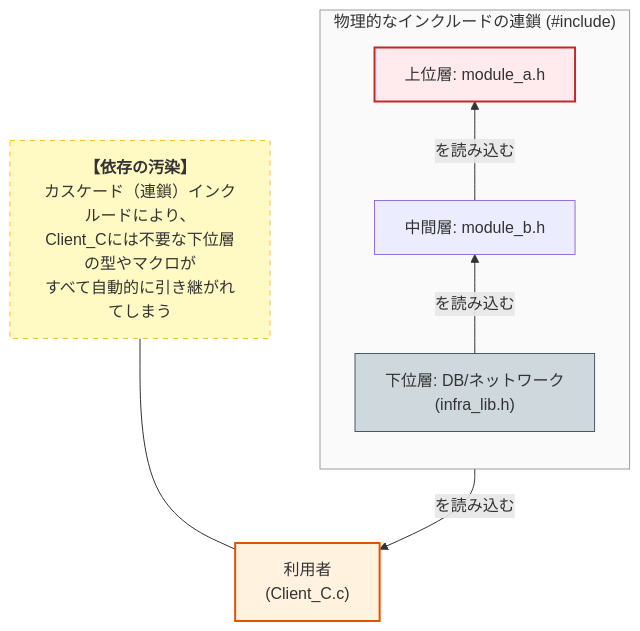
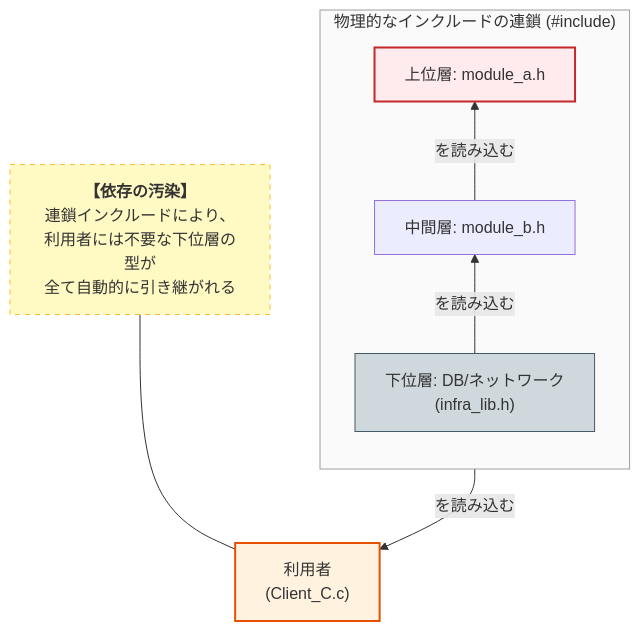
Before and after one commit to kumachan1101/BookProject: the first of 4 diagrams in 01_原稿/15_第2部 第11章 インターフェース分離原則 (ISP) 不要な依存の排除とモジュール結合度の最小化_02.md, drawn with Mermaid. The commit also changed 98 other files, not shown here.

````diff
--- a/01_原稿/15_第2部 第11章 インターフェース分離原則 (ISP) 不要な依存の排除とモジュール結合度の最小化_02.md
+++ b/01_原稿/15_第2部 第11章 インターフェース分離原則 (ISP) 不要な依存の排除とモジュール結合度の最小化_02.md
@@ -32,25 +32,25 @@
 ```mermaid
 graph TB
       %% 汚染の流れ（右から左へ流入）を強調するために、右から左(RL)で描画
       subgraph InclusionChain ["物理的なインクルードの連鎖 (#include)"]
           direction BT
           INFRA["下位層: DB/ネットワーク<br/>(infra_lib.h)"] -- "を読み込む" --> MB["中間層: module_b.h"]
           MB -- "を読み込む" --> MA["上位層: module_a.h"]
       end
 
       %% 利用者への汚染
       MA -- "を読み込む" --> C["利用者<br/>(Client_C.c)"]
 
       %% 汚染の注釈
-      Pollution["<b>【依存の汚染】</b><br/>カスケード（連鎖）インクルードにより、<br/>Client_Cには不要な下位層の型やマクロが<br/>すべて自動的に引き継がれてしまう"]
+      Pollution["<b>【依存の汚染】</b><br/>連鎖インクルードにより、<br/>利用者には不要な下位層の型が<br/>全て自動的に引き継がれる"]
 
       %% 注釈の配置
       Pollution --- C
 
       %% スタイル設定
       style INFRA fill:#cfd8dc,stroke:#455a64
       style MA fill:#ffebee,stroke:#c62828,stroke-width:2px
       style C fill:#fff3e0,stroke:#e65100,stroke-width:2px
       style Pollution fill:#fff9c4,stroke:#fbc02d,stroke-dasharray: 5 5
       style InclusionChain fill:#fafafa,stroke:#9e9e9e
 ```
````
